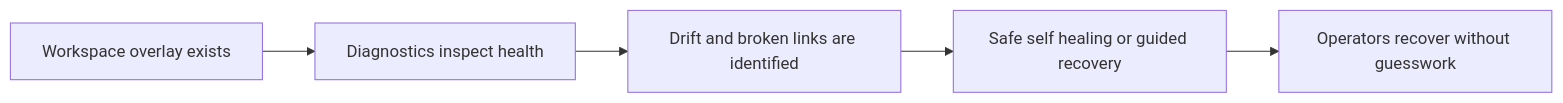
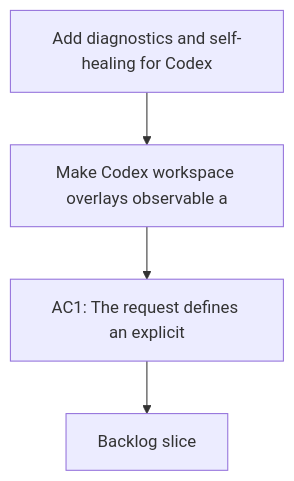
One commit to AlexAgo83/logics-manager changed the diagram in logics/request/req_071_add_diagnostics_and_self_healing_for_codex_workspace_overlays.md. Above: the diagram before and after it, drawn with Mermaid. The commit also changed other lines of this file and 481 other files, not shown here.

````diff
--- a/logics/request/req_071_add_diagnostics_and_self_healing_for_codex_workspace_overlays.md
+++ b/logics/request/req_071_add_diagnostics_and_self_healing_for_codex_workspace_overlays.md
@@ -36,9 +36,8 @@
 ```mermaid
 %% logics-kind: request
 %% logics-signature: request|add-diagnostics-and-self-healing-for-cod|make-codex-workspace-overlays-observable|ac1-the-request-defines-an-explicit
-flowchart LR
-    Overlay[Workspace overlay exists] --> Check[Diagnostics inspect health]
-    Check --> Detect[Drift and broken links are identified]
-    Detect --> Repair[Safe self healing or guided recovery]
-    Repair --> Outcome[Operators recover without guesswork]
+flowchart TD
+    Trigger[Add diagnostics and self-healing for Codex] --> Need[Make Codex workspace overlays observable a]
+    Need --> Outcome[AC1: The request defines an explicit]
+    Outcome --> Backlog[Backlog slice]
 ```
````
